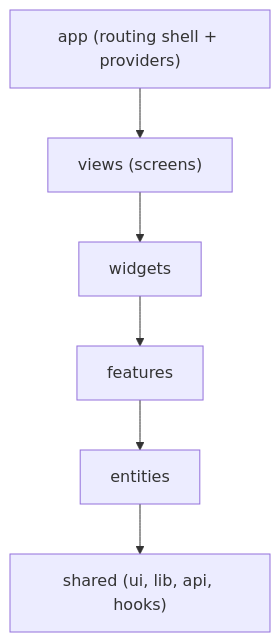
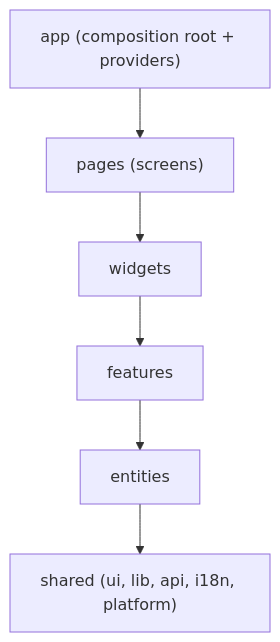
One commit to PlainConceptsPlatform/foundations changed the third of 4 diagrams in ai/ARCHITECTURE.md. Above: the diagram before and after it, drawn with Mermaid. The commit also changed other lines of this file and 24 other files, not shown here.

First line of the commit message:
docs: the Platform app family, its contract, and the skills to adopt it (#67)

````diff
--- a/ai/ARCHITECTURE.md
+++ b/ai/ARCHITECTURE.md
@@ -156,8 +166,8 @@
 ```mermaid
 flowchart TD
-  app["app (routing shell + providers)"] --> views
-  views["views (screens)"] --> widgets
+  app["app (composition root + providers)"] --> pages
+  pages["pages (screens)"] --> widgets
   widgets --> features
   features --> entities
-  entities --> shared["shared (ui, lib, api, hooks)"]
+  entities --> shared["shared (ui, lib, api, i18n, platform)"]
 ```
````
